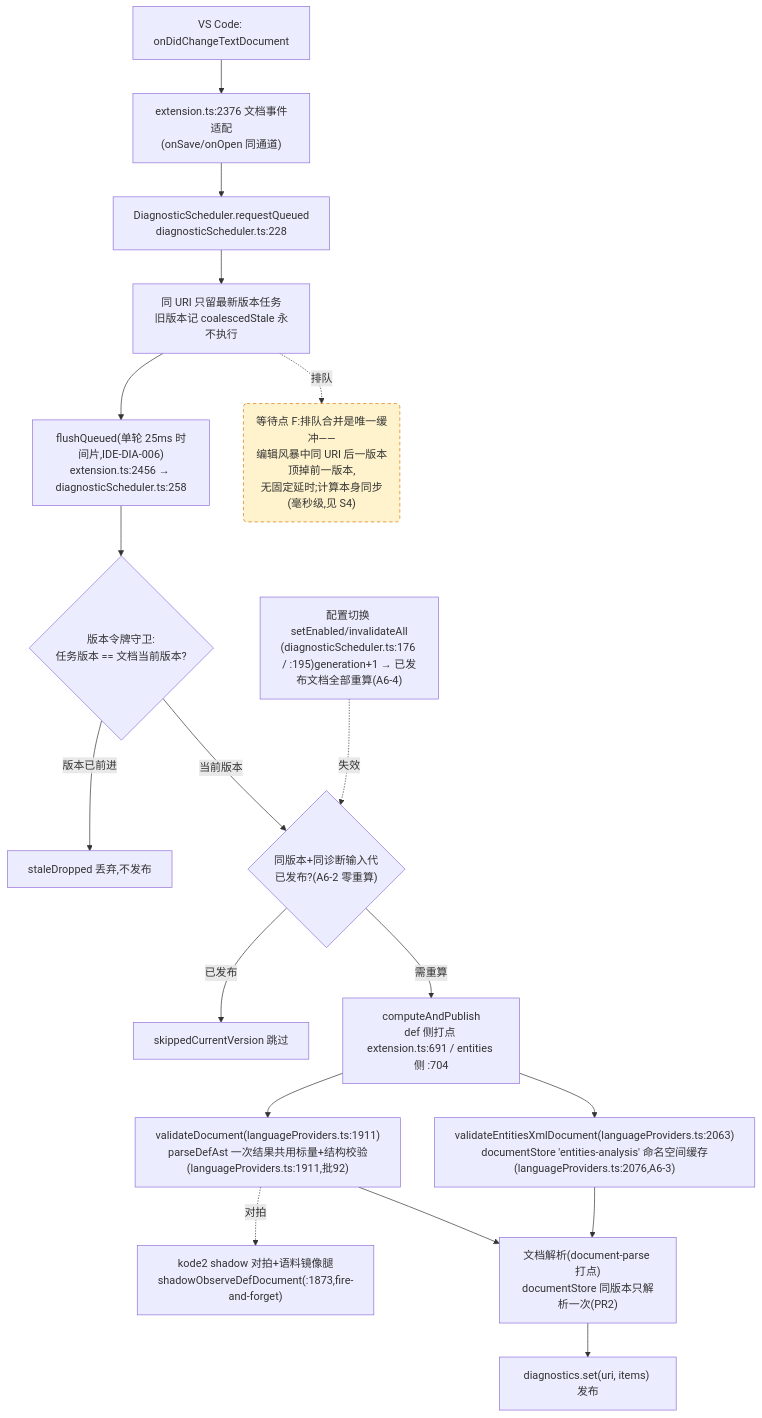
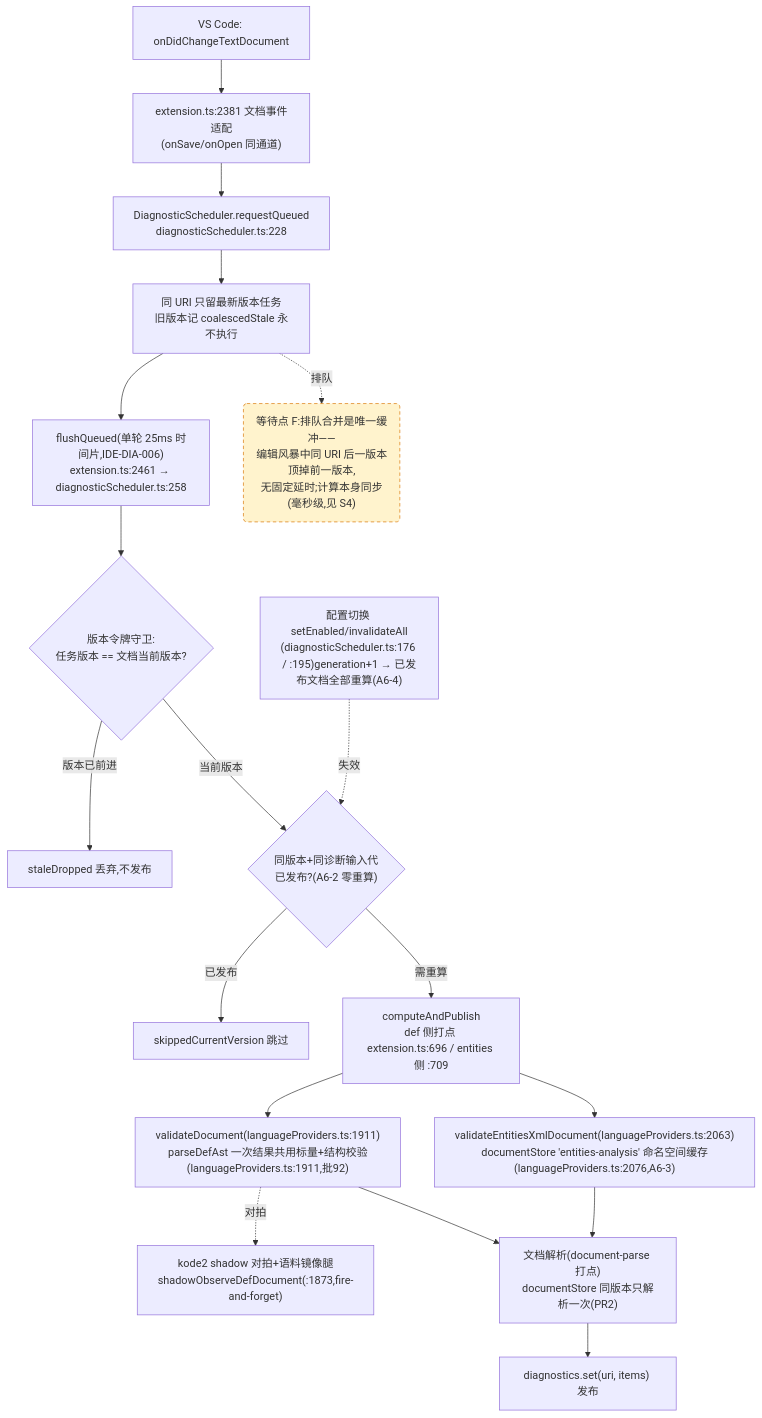
Before and after one commit to cuihairu/kode: the fourth of 4 diagrams in docs/perf/2026-baseline.md, drawn with Mermaid. The commit also changed other lines of this file and 16 other files, not shown here.

````diff
--- a/docs/perf/2026-baseline.md
+++ b/docs/perf/2026-baseline.md
@@ -214,38 +214,38 @@
 ```mermaid
 flowchart TD
   CHG["VS Code: onDidChangeTextDocument"]
-  WATCH["extension.ts:2376 文档事件适配<br/>(onSave/onOpen 同通道)"]
+  WATCH["extension.ts:2381 文档事件适配<br/>(onSave/onOpen 同通道)"]
   RQ["DiagnosticScheduler.requestQueued<br/>diagnosticScheduler.ts:228"]
   CO["同 URI 只留最新版本任务<br/>旧版本记 coalescedStale 永不执行"]
-  FL["flushQueued(单轮 25ms 时间片,IDE-DIA-006)<br/>extension.ts:2456 → diagnosticScheduler.ts:258"]
+  FL["flushQueued(单轮 25ms 时间片,IDE-DIA-006)<br/>extension.ts:2461 → diagnosticScheduler.ts:258"]
   VG{"版本令牌守卫:<br/>任务版本 == 文档当前版本?"}
   DROP["staleDropped 丢弃,不发布"]
   GEN{"同版本+同诊断输入代<br/>已发布?(A6-2 零重算)"}
   SKIP["skippedCurrentVersion 跳过"]
-  CALC["computeAndPublish<br/>def 侧打点 extension.ts:691 / entities 侧 :704"]
+  CALC["computeAndPublish<br/>def 侧打点 extension.ts:696 / entities 侧 :709"]
   VD["validateDocument(languageProviders.ts:1911)<br/>parseDefAst 一次结果共用标量+结构校验(languageProviders.ts:1911,批92)"]
   VEX["validateEntitiesXmlDocument(languageProviders.ts:2063)<br/>documentStore 'entities-analysis' 命名空间缓存(languageProviders.ts:2076,A6-3)"]
   SHDD["kode2 shadow 对拍+语料镜像腿<br/>shadowObserveDefDocument(:1873,fire-and-forget)"]
   DS["文档解析(document-parse 打点)<br/>documentStore 同版本只解析一次(PR2)"]
   PUB["diagnostics.set(uri, items) 发布"]
   CFG2["配置切换 setEnabled/invalidateAll<br/>(diagnosticScheduler.ts:176 / :195)generation+1 → 已发布文档全部重算(A6-4)"]
 
   CHG --> WATCH --> RQ --> CO --> FL --> VG
   VG -- "版本已前进" --> DROP
   VG -- "当前版本" --> GEN
   GEN -- "已发布" --> SKIP
   GEN -- "需重算" --> CALC
   CALC --> VD
   CALC --> VEX
   VD --> DS
   VEX --> DS
   DS --> PUB
   VD -.->|对拍| SHDD
   CFG2 -.->|失效| GEN
 
   WAITF("等待点 F:排队合并是唯一缓冲——<br/>编辑风暴中同 URI 后一版本顶掉前一版本,<br/>无固定延时;计算本身同步(毫秒级,见 S4)")
   CO -.->|排队| WAITF
 
   classDef waitPoint fill:#fff3cd,stroke:#d97706,stroke-dasharray:5 4;
   class WAITF waitPoint;
 ```
````
